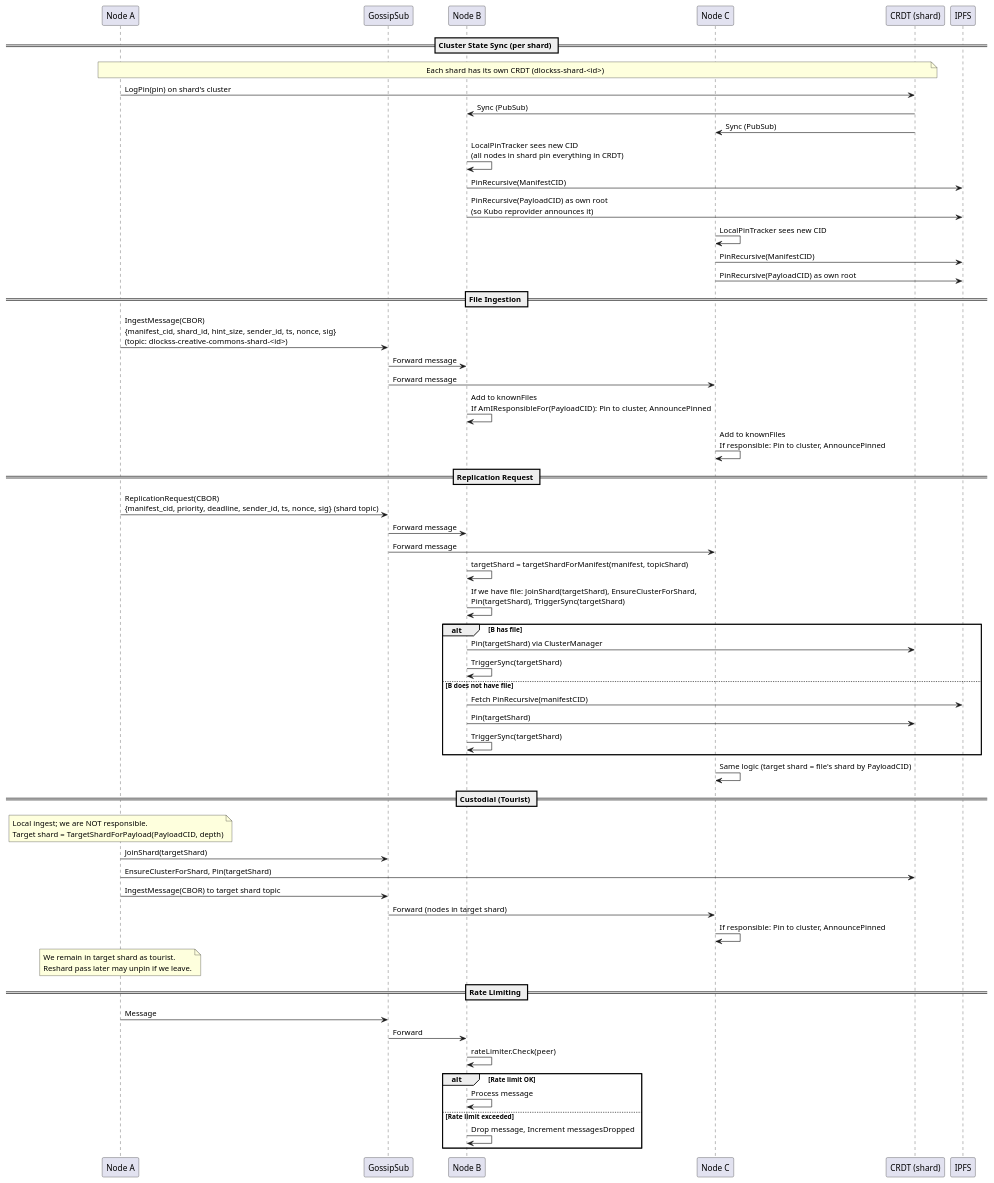
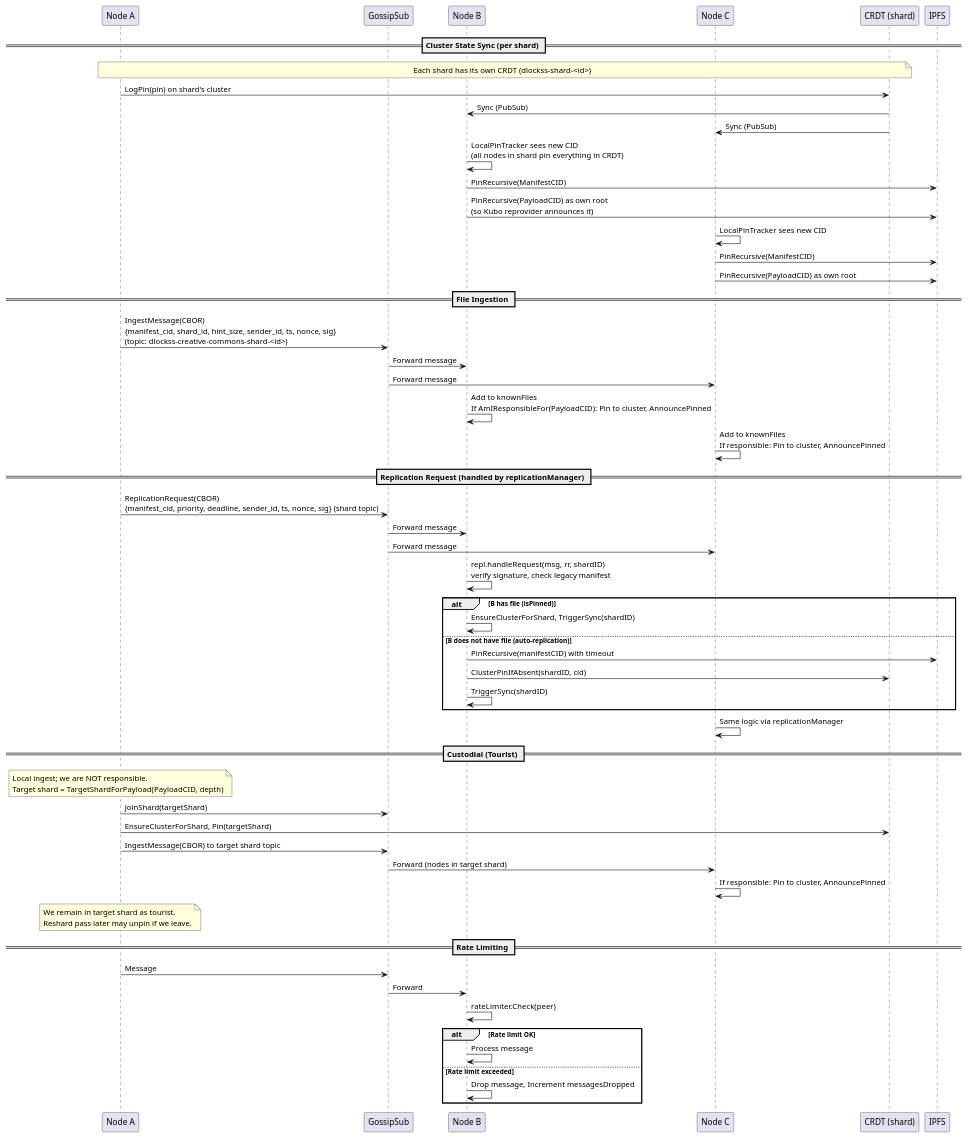
The diagram in docs/message_flow.puml (gipplab/D-LOCKSS), drawn with PlantUML before and after one commit. The commit also changed 81 other files, not shown here.

```diff
--- a/docs/message_flow.puml
+++ b/docs/message_flow.puml
@@ -1,64 +1,62 @@
 @startuml Message Flow Diagram
 
 participant "Node A" as A
 participant "GossipSub" as GS
 participant "Node B" as B
 participant "Node C" as C
 participant "CRDT (shard)" as CRDT
 participant "IPFS" as IPFS
 
 == Cluster State Sync (per shard) ==
 note over A, CRDT: Each shard has its own CRDT (dlockss-shard-<id>)
 A -> CRDT: LogPin(pin) on shard's cluster
 CRDT -> B: Sync (PubSub)
 CRDT -> C: Sync (PubSub)
 B -> B: LocalPinTracker sees new CID\n(all nodes in shard pin everything in CRDT)
 B -> IPFS: PinRecursive(ManifestCID)
 B -> IPFS: PinRecursive(PayloadCID) as own root\n(so Kubo reprovider announces it)
 C -> C: LocalPinTracker sees new CID
 C -> IPFS: PinRecursive(ManifestCID)
 C -> IPFS: PinRecursive(PayloadCID) as own root
 
 == File Ingestion ==
 A -> GS: IngestMessage(CBOR)\n{manifest_cid, shard_id, hint_size, sender_id, ts, nonce, sig}\n(topic: dlockss-creative-commons-shard-<id>)
 GS -> B: Forward message
 GS -> C: Forward message
 B -> B: Add to knownFiles\nIf AmIResponsibleFor(PayloadCID): Pin to cluster, AnnouncePinned
 C -> C: Add to knownFiles\nIf responsible: Pin to cluster, AnnouncePinned
 
-== Replication Request ==
+== Replication Request (handled by replicationManager) ==
 A -> GS: ReplicationRequest(CBOR)\n{manifest_cid, priority, deadline, sender_id, ts, nonce, sig} (shard topic)
 GS -> B: Forward message
 GS -> C: Forward message
-B -> B: targetShard = targetShardForManifest(manifest, topicShard)
-B -> B: If we have file: JoinShard(targetShard), EnsureClusterForShard,\nPin(targetShard), TriggerSync(targetShard)
-alt B has file
-    B -> CRDT: Pin(targetShard) via ClusterManager
-    B -> B: TriggerSync(targetShard)
-else B does not have file
-    B -> IPFS: Fetch PinRecursive(manifestCID)
-    B -> CRDT: Pin(targetShard)
-    B -> B: TriggerSync(targetShard)
+B -> B: repl.handleRequest(msg, rr, shardID)\nverify signature, check legacy manifest
+alt B has file (isPinned)
+    B -> B: EnsureClusterForShard, TriggerSync(shardID)
+else B does not have file (auto-replication)
+    B -> IPFS: PinRecursive(manifestCID) with timeout
+    B -> CRDT: ClusterPinIfAbsent(shardID, cid)
+    B -> B: TriggerSync(shardID)
 end
-C -> C: Same logic (target shard = file's shard by PayloadCID)
+C -> C: Same logic via replicationManager
 
 == Custodial (Tourist) ==
 note over A: Local ingest; we are NOT responsible.\nTarget shard = TargetShardForPayload(PayloadCID, depth)
 A -> GS: JoinShard(targetShard)
 A -> CRDT: EnsureClusterForShard, Pin(targetShard)
 A -> GS: IngestMessage(CBOR) to target shard topic
 GS -> C: Forward (nodes in target shard)
 C -> C: If responsible: Pin to cluster, AnnouncePinned
 note over A: We remain in target shard as tourist.\nReshard pass later may unpin if we leave.
 
 == Rate Limiting ==
 A -> GS: Message
 GS -> B: Forward
 B -> B: rateLimiter.Check(peer)
 alt Rate limit OK
     B -> B: Process message
 else Rate limit exceeded
     B -> B: Drop message, Increment messagesDropped
 end
 
 @enduml
```
